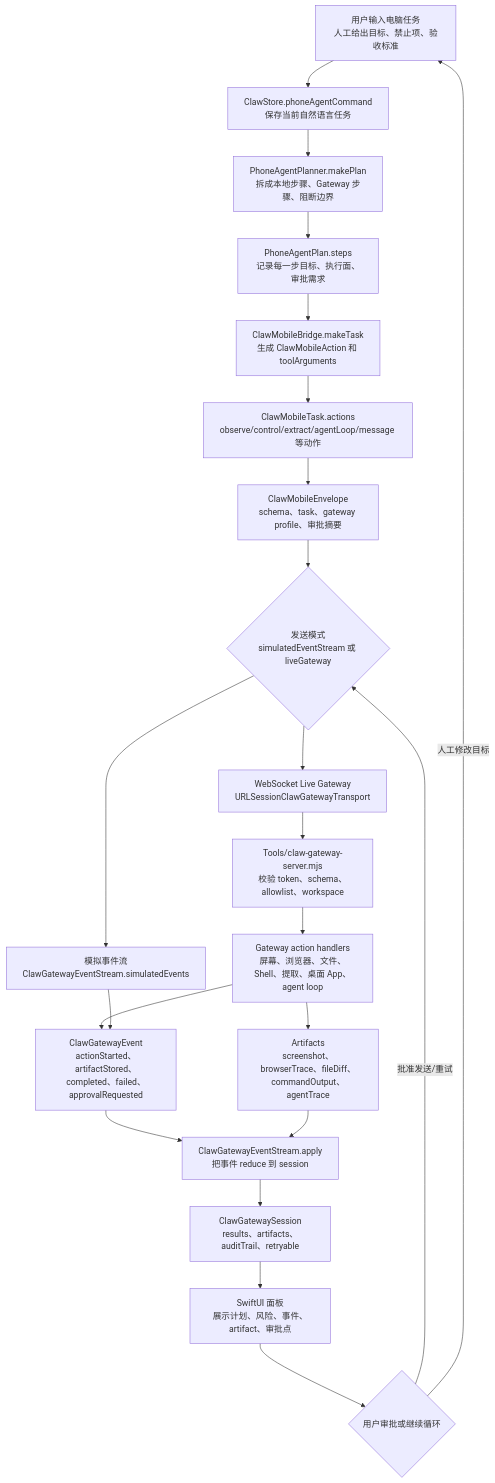
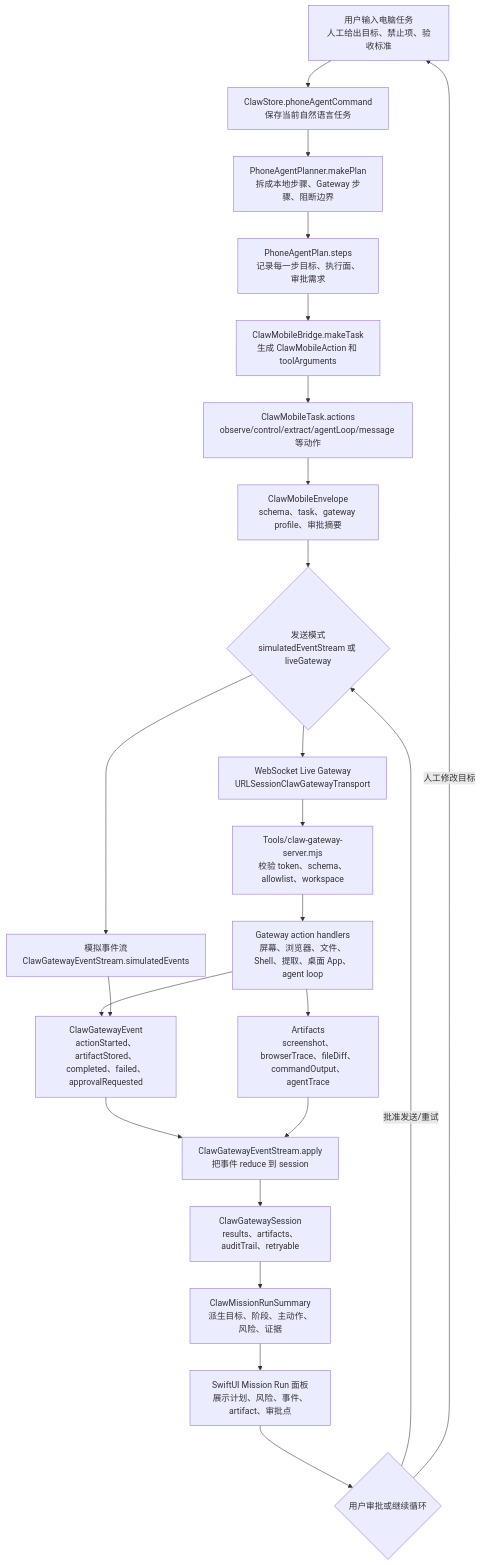
One commit to Altman-sam114/115 changed the first of 3 diagrams in md/flow/flowchart.md. Above: the diagram before and after it, drawn with Mermaid. The commit also changed 10 other files, not shown here.

````diff
--- a/md/flow/flowchart.md
+++ b/md/flow/flowchart.md
@@ -9,24 +9,25 @@
 ```mermaid
 flowchart TD
   U["用户输入电脑任务<br/>人工给出目标、禁止项、验收标准"] --> S["ClawStore.phoneAgentCommand<br/>保存当前自然语言任务"]
   S --> P["PhoneAgentPlanner.makePlan<br/>拆成本地步骤、Gateway 步骤、阻断边界"]
   P --> T["PhoneAgentPlan.steps<br/>记录每一步目标、执行面、审批需求"]
   T --> B["ClawMobileBridge.makeTask<br/>生成 ClawMobileAction 和 toolArguments"]
   B --> A["ClawMobileTask.actions<br/>observe/control/extract/agentLoop/message 等动作"]
   A --> E["ClawMobileEnvelope<br/>schema、task、gateway profile、审批摘要"]
   E --> M{"发送模式<br/>simulatedEventStream 或 liveGateway"}
   M --> SIM["模拟事件流<br/>ClawGatewayEventStream.simulatedEvents"]
   M --> LIVE["WebSocket Live Gateway<br/>URLSessionClawGatewayTransport"]
   LIVE --> G["Tools/claw-gateway-server.mjs<br/>校验 token、schema、allowlist、workspace"]
   G --> H["Gateway action handlers<br/>屏幕、浏览器、文件、Shell、提取、桌面 App、agent loop"]
   H --> ART["Artifacts<br/>screenshot、browserTrace、fileDiff、commandOutput、agentTrace"]
   H --> EVT["ClawGatewayEvent<br/>actionStarted、artifactStored、completed、failed、approvalRequested"]
   SIM --> EVT
   EVT --> R["ClawGatewayEventStream.apply<br/>把事件 reduce 到 session"]
   ART --> R
   R --> SES["ClawGatewaySession<br/>results、artifacts、auditTrail、retryable"]
-  SES --> UI["SwiftUI 面板<br/>展示计划、风险、事件、artifact、审批点"]
+  SES --> RUN["ClawMissionRunSummary<br/>派生目标、阶段、主动作、风险、证据"]
+  RUN --> UI["SwiftUI Mission Run 面板<br/>展示计划、风险、事件、artifact、审批点"]
   UI --> LOOP{"用户审批或继续循环"}
   LOOP -->|"批准发送/重试"| M
   LOOP -->|"人工修改目标"| U
 ```
````
